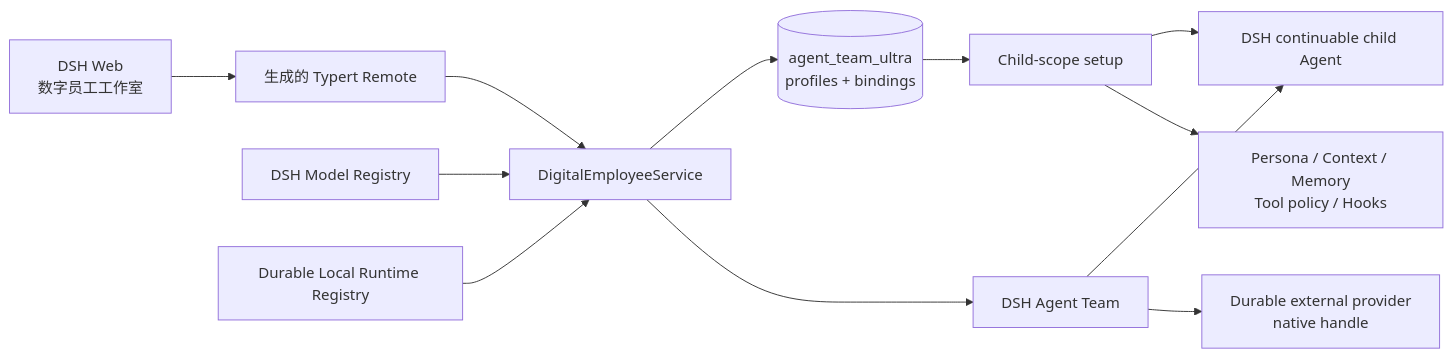
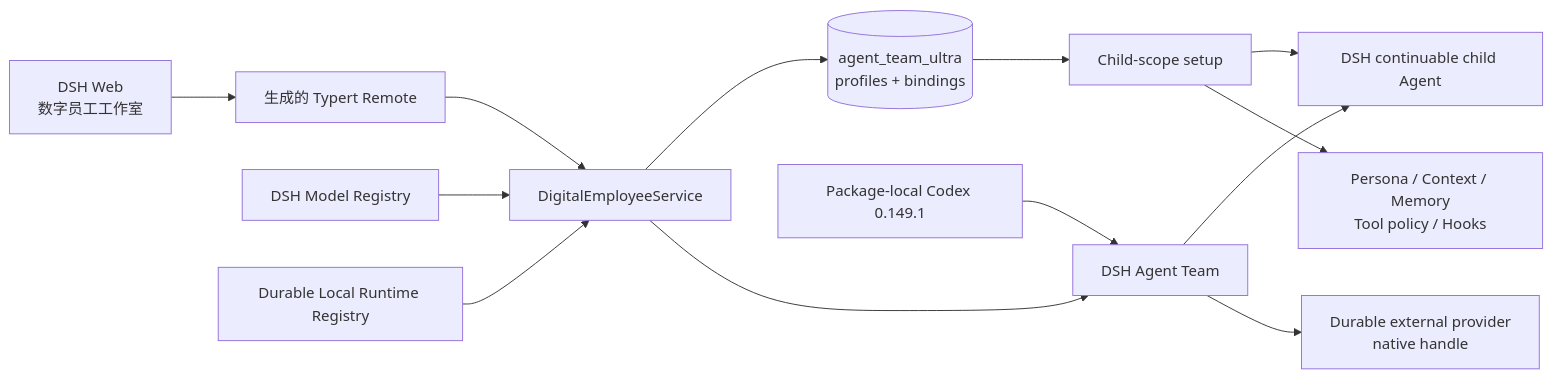
The diagram in docs/HANDOFF.md (benz-ai-x/dsh-agent-team-ultra), drawn with Mermaid before and after one commit. The commit also changed other lines of this file and 13 other files, not shown here.

````diff
--- a/docs/HANDOFF.md
+++ b/docs/HANDOFF.md
@@ -46,14 +46,15 @@
 ```mermaid
 flowchart LR
   WEB[DSH Web\n数字员工工作室] --> REMOTE[生成的 Typert Remote]
   REMOTE --> HOST[DigitalEmployeeService]
   MODELS[DSH Model Registry] --> HOST
   LOCAL[Durable Local Runtime Registry] --> HOST
   HOST --> STORE[(agent_team_ultra\nprofiles + bindings)]
   HOST --> TEAM[DSH Agent Team]
+  CODEX[Package-local Codex 0.149.1] --> TEAM
   TEAM --> CHILD[DSH continuable child Agent]
   TEAM --> NATIVE[Durable external provider\nnative handle]
   STORE --> SETUP[Child-scope setup]
   SETUP --> CHILD
   SETUP --> CAP[Persona / Context / Memory\nTool policy / Hooks]
 ```
````
